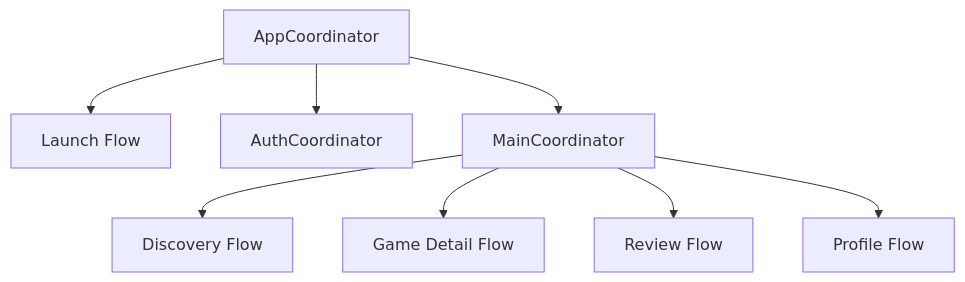
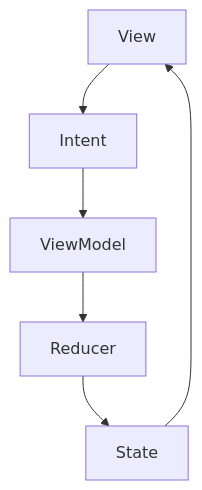
The second of 2 diagrams in docs/02-design/ui-structure.md (HwangSeokBeom/GamePediaDocs), drawn with Mermaid before and after one commit. The commit also changed other lines of this file and 8 other files, not shown here.

Commit message:
Update architecture docs and add branch strategy

````diff
--- a/docs/02-design/ui-structure.md
+++ b/docs/02-design/ui-structure.md
@@ -68,11 +85,8 @@
 ```mermaid
 flowchart TD
-    AppCoordinator[AppCoordinator] --> LaunchFlow[Launch Flow]
-    AppCoordinator --> AuthCoordinator[AuthCoordinator]
-    AppCoordinator --> MainCoordinator[MainCoordinator]
-
-    MainCoordinator --> DiscoveryFlow[Discovery Flow]
-    MainCoordinator --> DetailFlow[Game Detail Flow]
-    MainCoordinator --> ReviewFlow[Review Flow]
-    MainCoordinator --> ProfileFlow[Profile Flow]
+    View[View] --> Intent[Intent]
+    Intent --> ViewModel[ViewModel]
+    ViewModel --> Reducer[Reducer]
+    Reducer --> State[State]
+    State --> View
 ```
````
